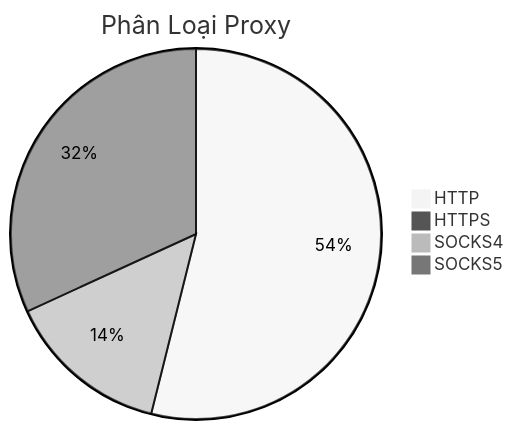
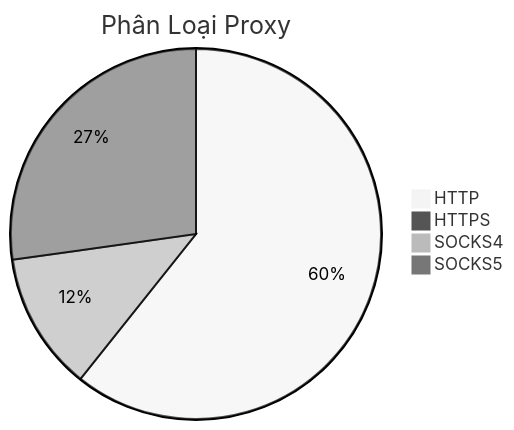
One commit to Ciara-Aa/PROXY-free changed the diagram in README.md. Above: the diagram before and after it, drawn with Mermaid (neutral theme). The commit also changed other lines of this file and 4 other files, not shown here.

````diff
--- a/README.md
+++ b/README.md
@@ -26,7 +26,7 @@
 ```mermaid
 pie title Phân Loại Proxy
-    "HTTP" : 374
-    "HTTPS" : 2
-    "SOCKS4" : 99
-    "SOCKS5" : 221
+    "HTTP" : 513
+    "HTTPS" : 4
+    "SOCKS4" : 102
+    "SOCKS5" : 230
 ```
````
